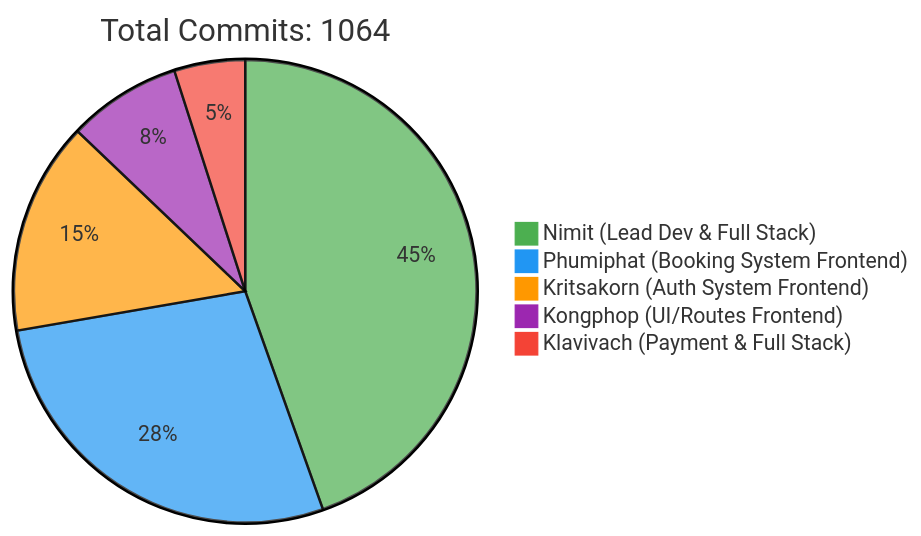
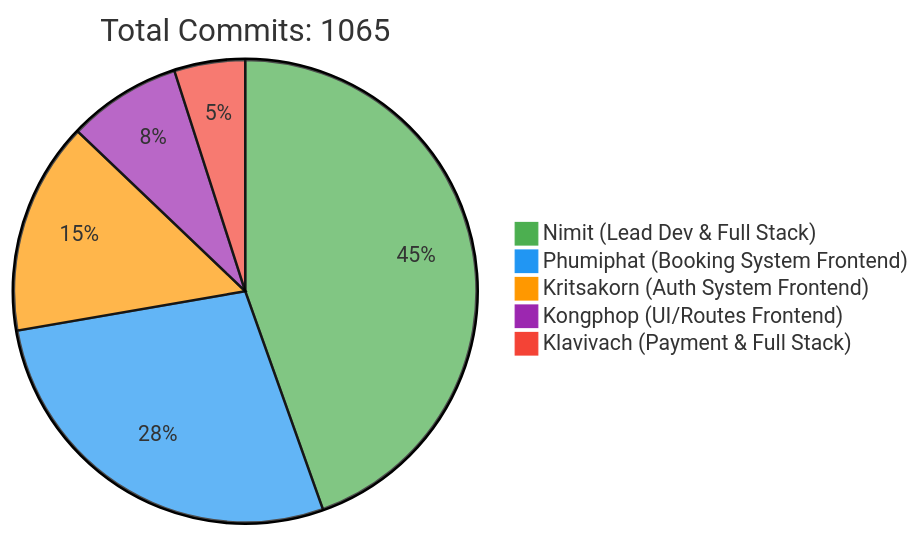
One commit to 6531503042/Sport-Complex changed the first of 2 diagrams in README.md. Above: the diagram before and after it, drawn with Mermaid. The commit also changed other lines of this file, not shown here.

Commit message:
docs: Update contributor statistics [skip ci]

````diff
--- a/README.md
+++ b/README.md
@@ -240,10 +240,10 @@
 ```mermaid
 %%{init: {'theme': 'base', 'themeVariables': { 'pie1': '#4CAF50', 'pie2': '#2196F3', 'pie3': '#FF9800', 'pie4': '#9C27B0', 'pie5': '#F44336'}}}%%
 pie
-    title Total Commits: 1064
+    title Total Commits: 1065
     "Nimit (Lead Dev & Full Stack)" : 450
     "Phumiphat (Booking System Frontend)" : 280
     "Kritsakorn (Auth System Frontend)" : 150
     "Kongphop (UI/Routes Frontend)" : 80
     "Klavivach (Payment & Full Stack)" : 50
 ```
````
